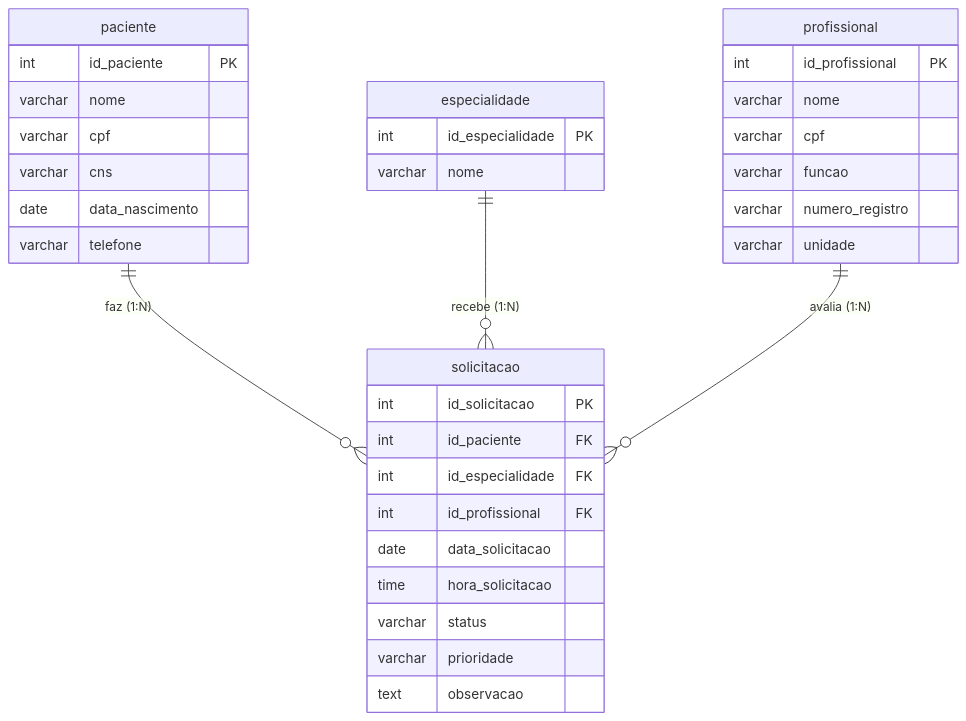
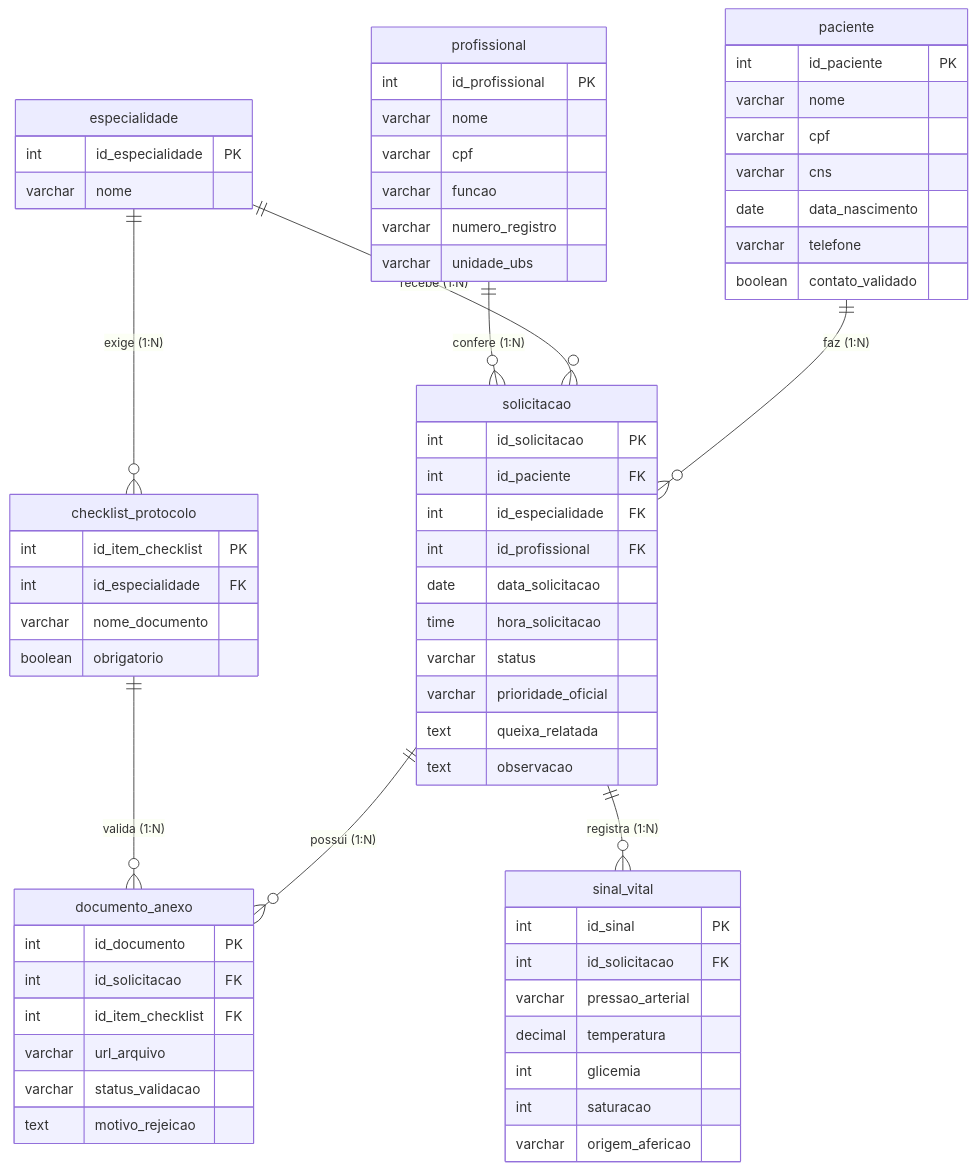
One commit to larissavlima7-cmd/TriaSus changed the diagram in README.md. Above: the diagram before and after it, drawn with Mermaid. The commit also changed other lines of this file, not shown here.

````diff
--- a/README.md
+++ b/README.md
@@ -44,43 +55,78 @@
 ```mermaid
    
 erDiagram 
     paciente {
         int id_paciente PK
         varchar nome
         varchar cpf
         varchar cns
         date data_nascimento
         varchar telefone
+        boolean contato_validado
     }
 
     profissional {
         int id_profissional PK
         varchar nome
         varchar cpf
         varchar funcao
         varchar numero_registro
-        varchar unidade
+        varchar unidade_ubs
     }
 
     especialidade{
         int id_especialidade PK
         varchar nome
+    }
+
+    checklist_protocolo {
+        int id_item_checklist PK
+        int id_especialidade FK
+        varchar nome_documento
+        boolean obrigatorio
     }
 
     solicitacao {
         int id_solicitacao PK
         int id_paciente FK
         int id_especialidade FK
         int id_profissional FK
         date data_solicitacao
         time hora_solicitacao
         varchar status
-        varchar prioridade
+        varchar prioridade_oficial
+        text queixa_relatada
         text observacao
     }
+ 
+    documento_anexo {
+            int id_documento PK
+            int id_solicitacao FK
+            int id_item_checklist FK
+            varchar url_arquivo
+            varchar status_validacao
+            text motivo_rejeicao
+        }
+
+    sinal_vital {
+        int id_sinal PK
+        int id_solicitacao FK
+        varchar pressao_arterial
+        decimal temperatura
+        int glicemia
+        int saturacao
+        varchar origem_afericao
+    }
+
+
+   
 
     paciente ||--o{ solicitacao : "faz (1:N)"
     especialidade ||--o{ solicitacao : "recebe (1:N)"
-    profissional ||--o{ solicitacao : "avalia (1:N)"
+    especialidade ||--o{ checklist_protocolo : "exige (1:N)"
+    profissional ||--o{ solicitacao : "confere (1:N)"
+    solicitacao ||--o{ documento_anexo : "possui (1:N)"
+    checklist_protocolo ||--o{ documento_anexo : "valida (1:N)"
+    solicitacao ||--o{ sinal_vital : "registra (1:N)"
     
 ```
````
